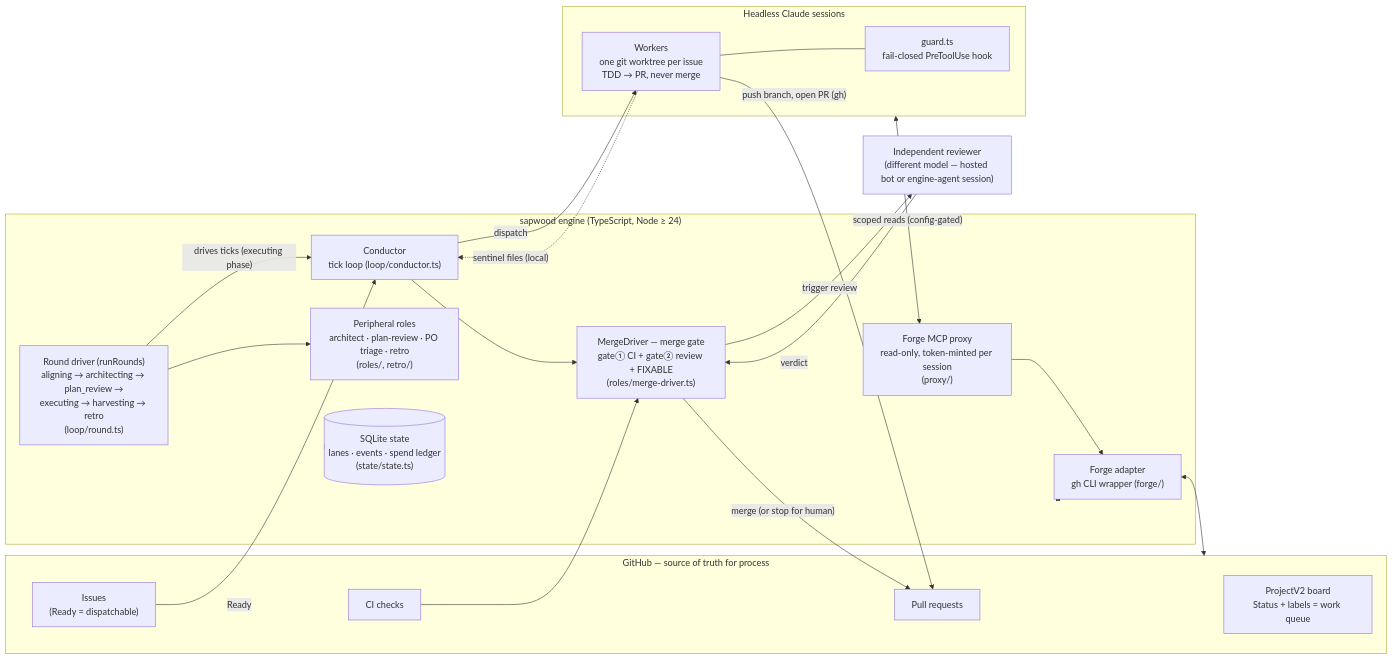
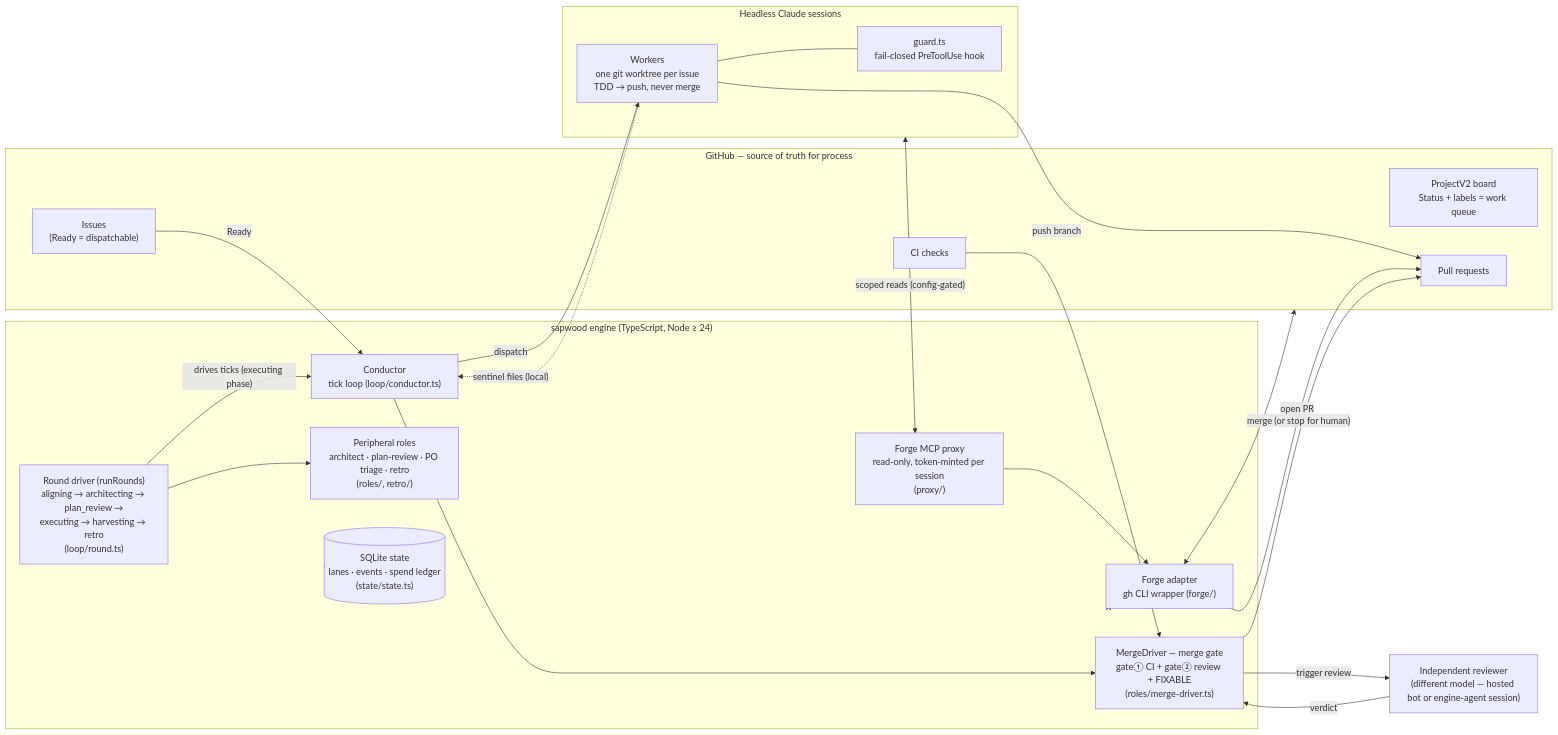
Before and after one commit to herehigher/sapwood: the diagram in README.md, drawn with Mermaid. The commit also changed other lines of this file, not shown here.

````diff
--- a/README.md
+++ b/README.md
@@ -91,44 +100,45 @@
 ```mermaid
 flowchart LR
   subgraph GH["GitHub — source of truth for process"]
     BOARD["ProjectV2 board<br/>Status + labels = work queue"]
     ISSUES["Issues<br/>(Ready = dispatchable)"]
     PRS["Pull requests"]
     CI["CI checks"]
   end
 
   subgraph ENGINE["sapwood engine (TypeScript, Node ≥ 24)"]
     ROUND["Round driver (runRounds)<br/>aligning → architecting → plan_review →<br/>executing → harvesting → retro<br/>(loop/round.ts)"]
     CONDUCTOR["Conductor<br/>tick loop (loop/conductor.ts)"]
     GATE["MergeDriver — merge gate<br/>gate① CI + gate② review + FIXABLE<br/>(roles/merge-driver.ts)"]
     PERIPH["Peripheral roles<br/>architect · plan-review · PO triage · retro<br/>(roles/, retro/)"]
     STATE[("SQLite state<br/>lanes · events · spend ledger<br/>(state/state.ts)")]
     PROXY["Forge MCP proxy<br/>read-only, token-minted per session<br/>(proxy/)"]
     FORGE["Forge adapter<br/>gh CLI wrapper (forge/)"]
   end
 
   subgraph SESSIONS["Headless Claude sessions"]
-    WORKER["Workers<br/>one git worktree per issue<br/>TDD → PR, never merge"]
+    WORKER["Workers<br/>one git worktree per issue<br/>TDD → push, never merge"]
     GUARD["guard.ts<br/>fail-closed PreToolUse hook"]
     WORKER --- GUARD
   end
 
   REVIEWER["Independent reviewer<br/>(different model — hosted bot or engine-agent session)"]
 
   ISSUES -->|Ready| CONDUCTOR
   ROUND -->|"drives ticks (executing phase)"| CONDUCTOR
   CONDUCTOR -->|dispatch| WORKER
-  WORKER -->|"push branch, open PR (gh)"| PRS
+  WORKER -->|"push branch"| PRS
+  FORGE -->|"open PR"| PRS
   WORKER -.->|"sentinel files (local)"| CONDUCTOR
   CONDUCTOR --> GATE
   GATE -->|trigger review| REVIEWER
   REVIEWER -->|verdict| GATE
   CI --> GATE
   GATE -->|"merge (or stop for human)"| PRS
   ENGINE <--> FORGE
   FORGE <--> GH
   SESSIONS <-->|"scoped reads (config-gated)"| PROXY
   PROXY --> FORGE
   ENGINE <--> STATE
   ROUND --> PERIPH
 ```
````
